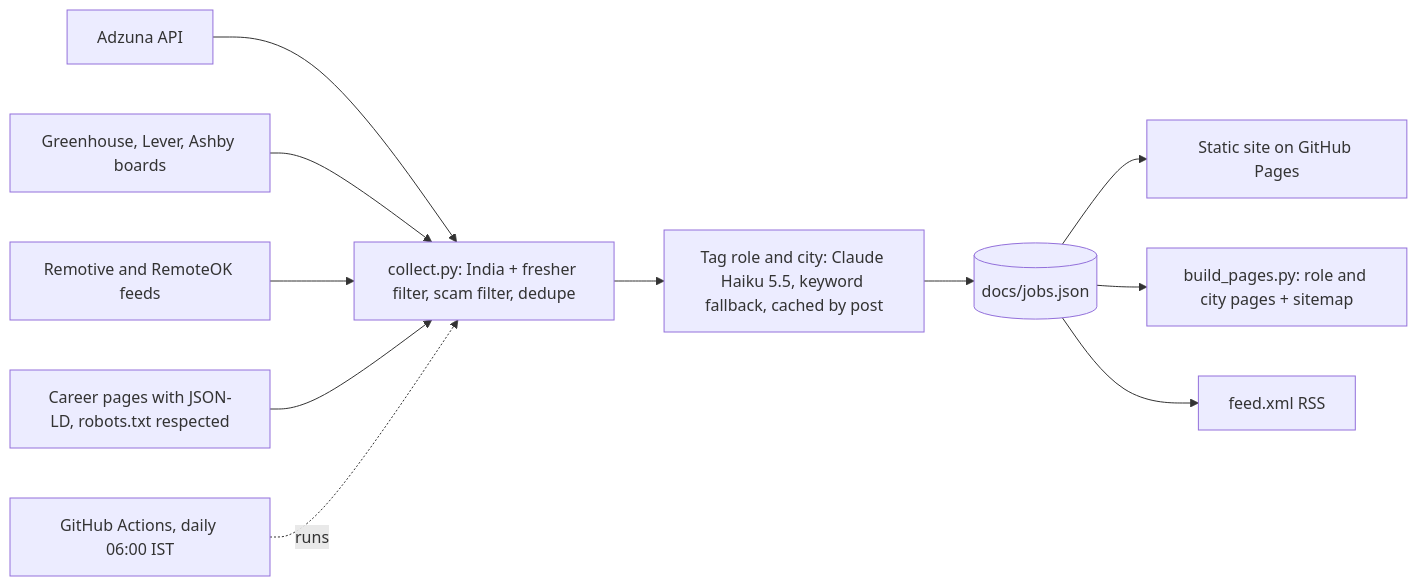
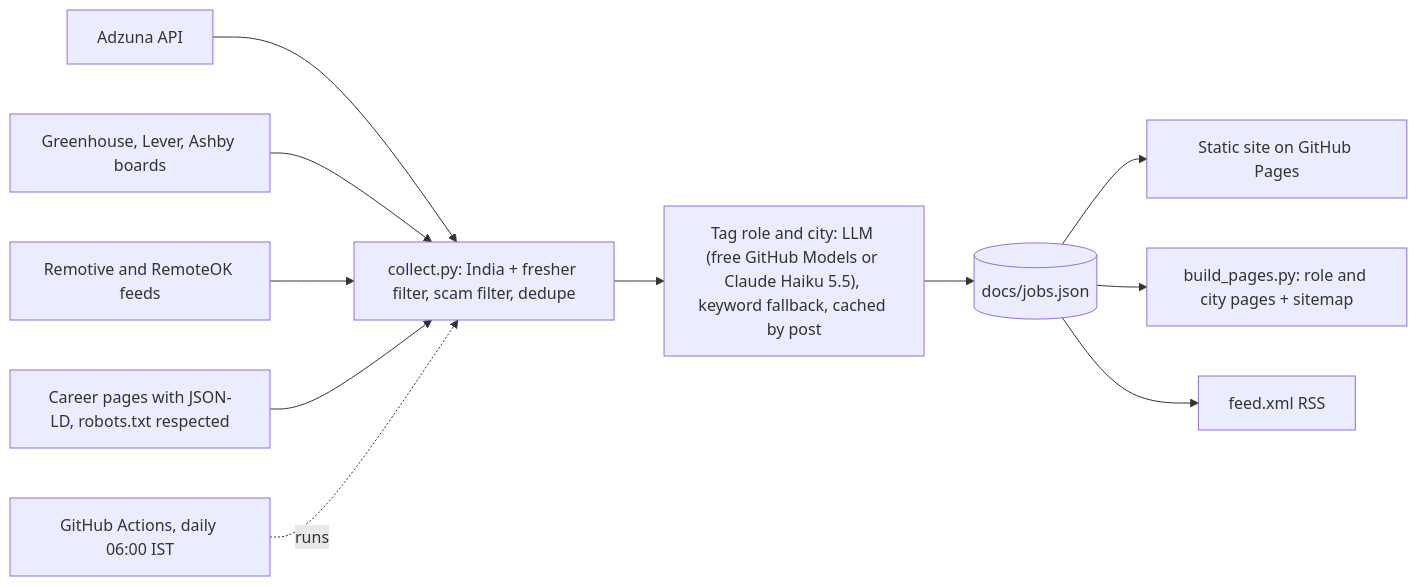
Before and after one commit to Papaplayer01/jobearth: the diagram in README.md, drawn with Mermaid. The commit also changed other lines of this file and 4 other files, not shown here.

Commit message:
Free LLM tagging via GitHub Models, evaluation kit

````diff
--- a/README.md
+++ b/README.md
@@ -9,13 +9,13 @@
 ```mermaid
 flowchart LR
   A[Adzuna API] --> C
   B[Greenhouse, Lever, Ashby boards] --> C
   R[Remotive and RemoteOK feeds] --> C
   J[Career pages with JSON-LD, robots.txt respected] --> C
-  C["collect.py: India + fresher filter, scam filter, dedupe"] --> T["Tag role and city: Claude Haiku 5.5, keyword fallback, cached by post"]
+  C["collect.py: India + fresher filter, scam filter, dedupe"] --> T["Tag role and city: LLM (free GitHub Models or Claude Haiku 5.5), keyword fallback, cached by post"]
   T --> D[("docs/jobs.json")]
   D --> S[Static site on GitHub Pages]
   D --> P["build_pages.py: role and city pages + sitemap"]
   D --> F[feed.xml RSS]
   G["GitHub Actions, daily 06:00 IST"] -. runs .-> C
 ```
````
